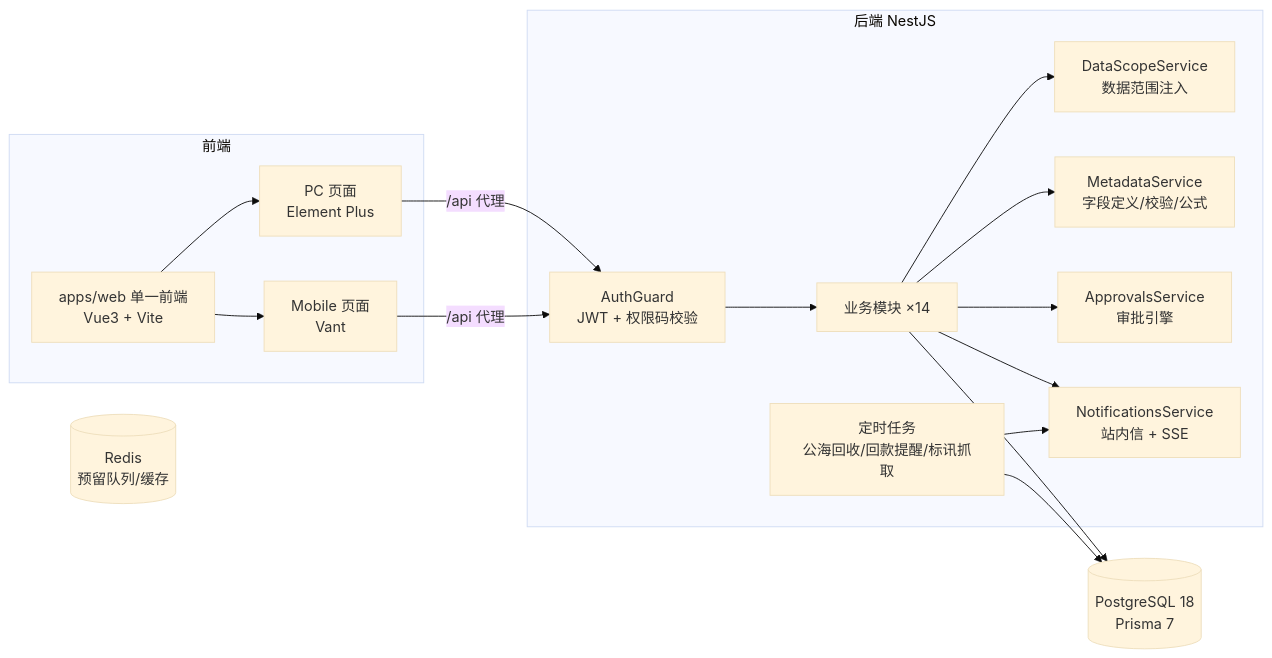
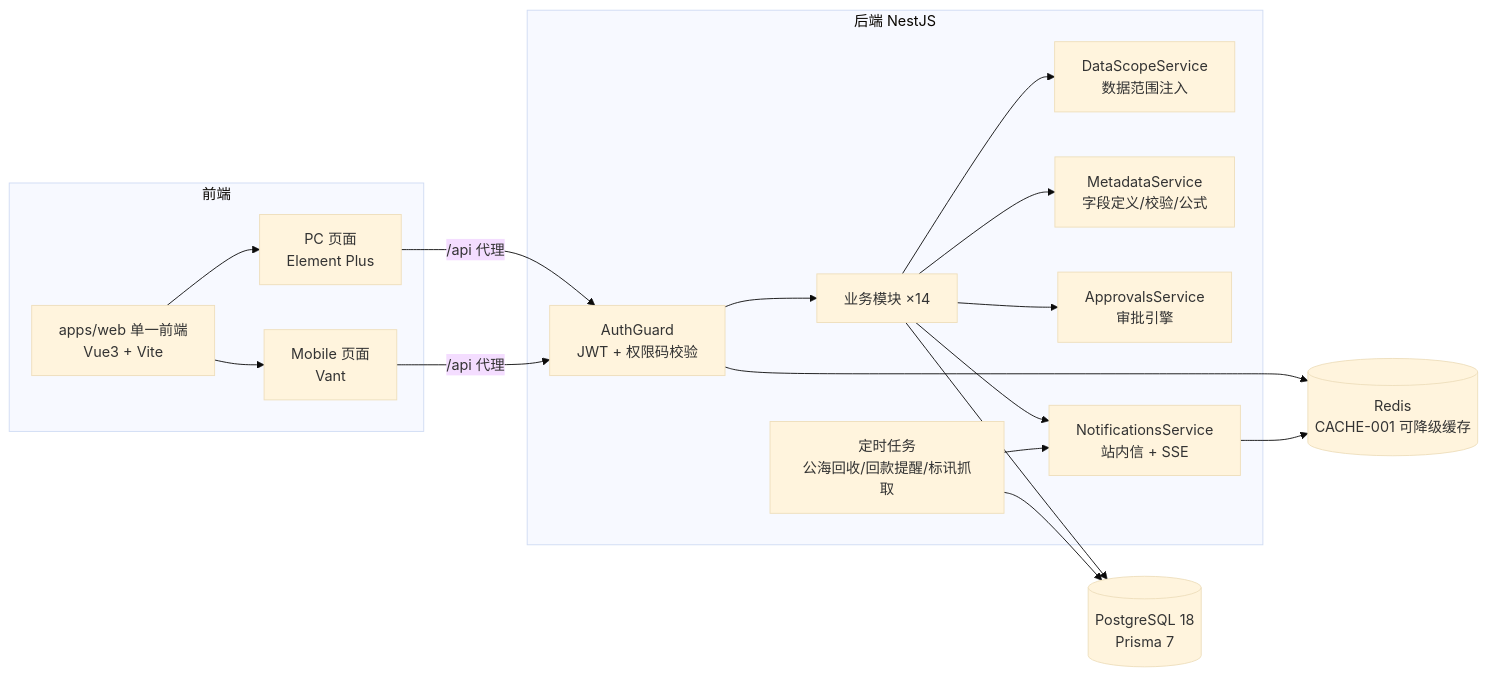
Before and after one commit to HideInMatrix/micromatrix-crm: the first of 2 diagrams in docs/architecture.md, drawn with Mermaid (base theme). The commit also changed other lines of this file and 50 other files, not shown here.

````diff
--- a/docs/architecture.md
+++ b/docs/architecture.md
@@ -5,32 +5,34 @@
 ```mermaid
 flowchart LR
   subgraph clients [前端]
     Web[apps/web 单一前端<br/>Vue3 + Vite]
     PC[PC 页面<br/>Element Plus]
     Mobile[Mobile 页面<br/>Vant]
     Web --> PC
     Web --> Mobile
   end
   subgraph server [后端 NestJS]
     Guard[AuthGuard<br/>JWT + 权限码校验]
     Scope[DataScopeService<br/>数据范围注入]
     Meta[MetadataService<br/>字段定义/校验/公式]
     Approval[ApprovalsService<br/>审批引擎]
     Biz[业务模块 ×14]
     Cron[定时任务<br/>公海回收/回款提醒/标讯抓取]
     Notify[NotificationsService<br/>站内信 + SSE]
   end
   DB[(PostgreSQL 18<br/>Prisma 7)]
-  Redis[(Redis<br/>预留队列/缓存)]
+  Redis[(Redis<br/>CACHE-001 可降级缓存)]
 
   PC -->|/api 代理| Guard
   Mobile -->|/api 代理| Guard
   Guard --> Biz
+  Guard --> Redis
   Biz --> Scope
   Biz --> Meta
   Biz --> Approval
   Biz --> Notify
   Biz --> DB
+  Notify --> Redis
   Cron --> DB
   Cron --> Notify
 ```
````
